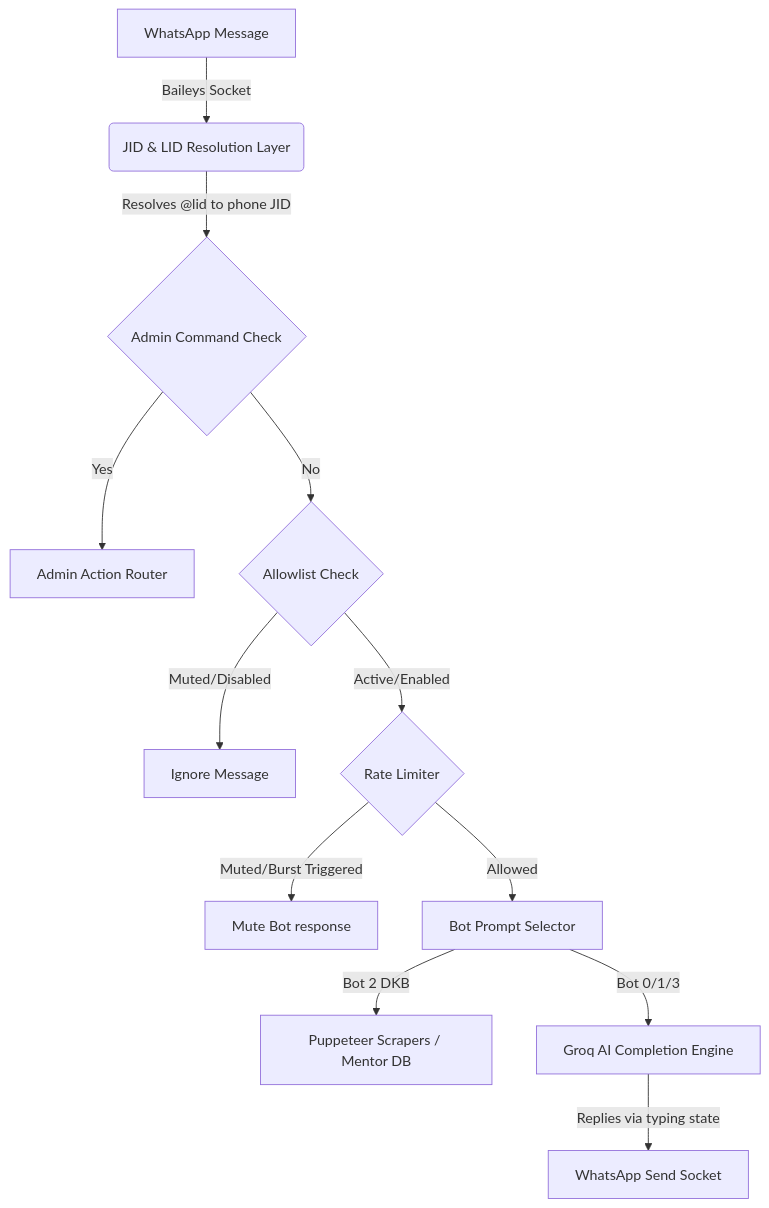
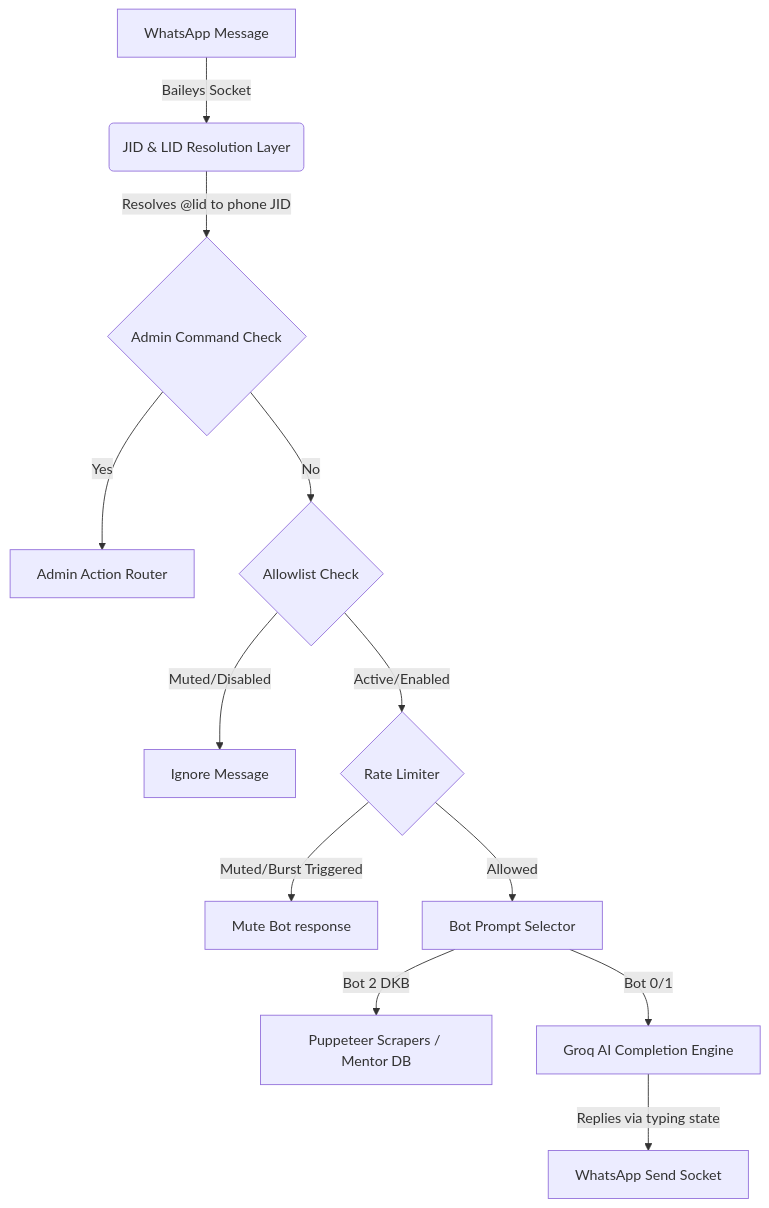
One commit to Dinaltium/Whatsapp-bot changed the diagram in README.md. Above: the diagram before and after it, drawn with Mermaid. The commit also changed other lines of this file, not shown here.

Commit message:
docs: remove Bot 3 (TEMP) references from README

````diff
--- a/README.md
+++ b/README.md
@@ -82,14 +81,14 @@
 ```mermaid
 graph TD
     A[WhatsApp Message] -->|Baileys Socket| B(JID & LID Resolution Layer)
     B -->|Resolves @lid to phone JID| C{Admin Command Check}
     C -->|Yes| D[Admin Action Router]
     C -->|No| E{Allowlist Check}
     E -->|Muted/Disabled| F[Ignore Message]
     E -->|Active/Enabled| G{Rate Limiter}
     G -->|Muted/Burst Triggered| H[Mute Bot response]
     G -->|Allowed| I[Bot Prompt Selector]
     I -->|Bot 2 DKB| J[Puppeteer Scrapers / Mentor DB]
-    I -->|Bot 0/1/3| K[Groq AI Completion Engine]
+    I -->|Bot 0/1| K[Groq AI Completion Engine]
     K -->|Replies via typing state| L[WhatsApp Send Socket]
 ```
````
